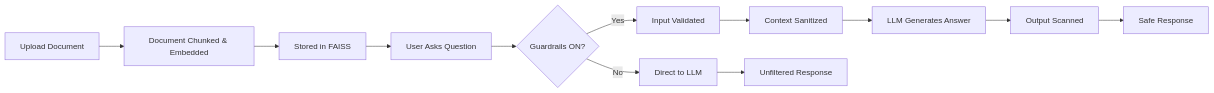
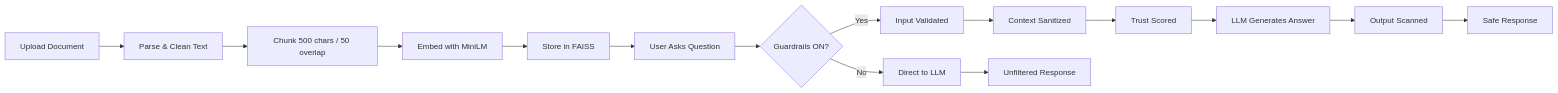
The second of 2 diagrams in README.md (mr-bala-kavi/RAG-Guardrails), drawn with Mermaid before and after one commit. The commit also changed other lines of this file, not shown here.

````diff
--- a/README.md
+++ b/README.md
@@ -165,14 +174,17 @@
 ```mermaid
 flowchart LR
-    A[Upload Document] --> B[Document Chunked & Embedded]
-    B --> C[Stored in FAISS]
-    C --> D[User Asks Question]
-    D --> E{Guardrails ON?}
-    E -->|Yes| F[Input Validated]
-    E -->|No| G[Direct to LLM]
-    F --> H[Context Sanitized]
-    H --> I[LLM Generates Answer]
-    I --> J[Output Scanned]
-    J --> K[Safe Response]
-    G --> L[Unfiltered Response]
+    A[Upload Document] --> B[Parse & Clean Text]
+    B --> C[Chunk 500 chars / 50 overlap]
+    C --> D[Embed with MiniLM]
+    D --> E[Store in FAISS]
+    E --> F[User Asks Question]
+    F --> G{Guardrails ON?}
+    G -->|Yes| H[Input Validated]
+    G -->|No| I[Direct to LLM]
+    H --> J[Context Sanitized]
+    J --> K[Trust Scored]
+    K --> L[LLM Generates Answer]
+    L --> M[Output Scanned]
+    M --> N[Safe Response]
+    I --> O[Unfiltered Response]
 ```
````
